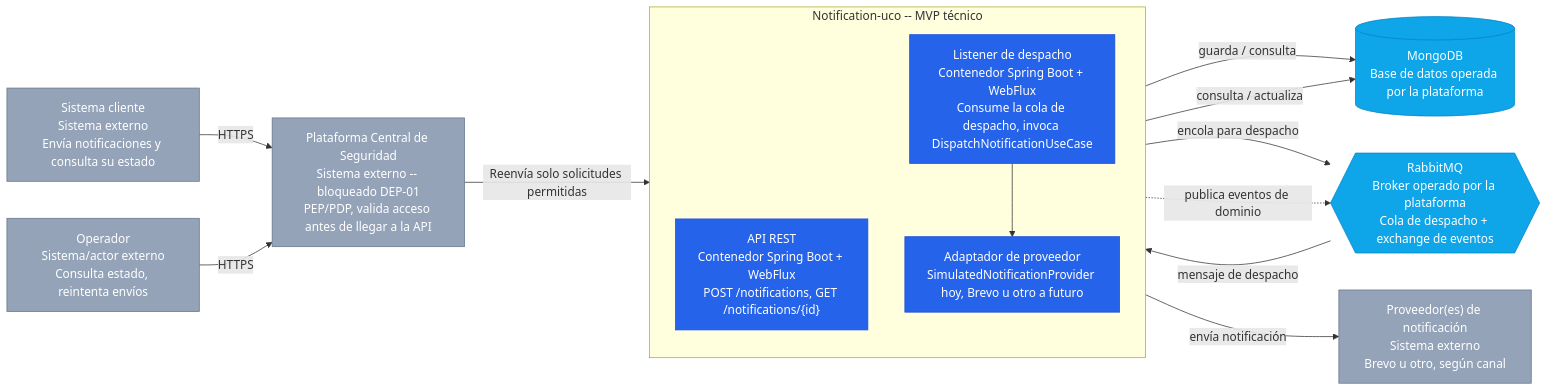
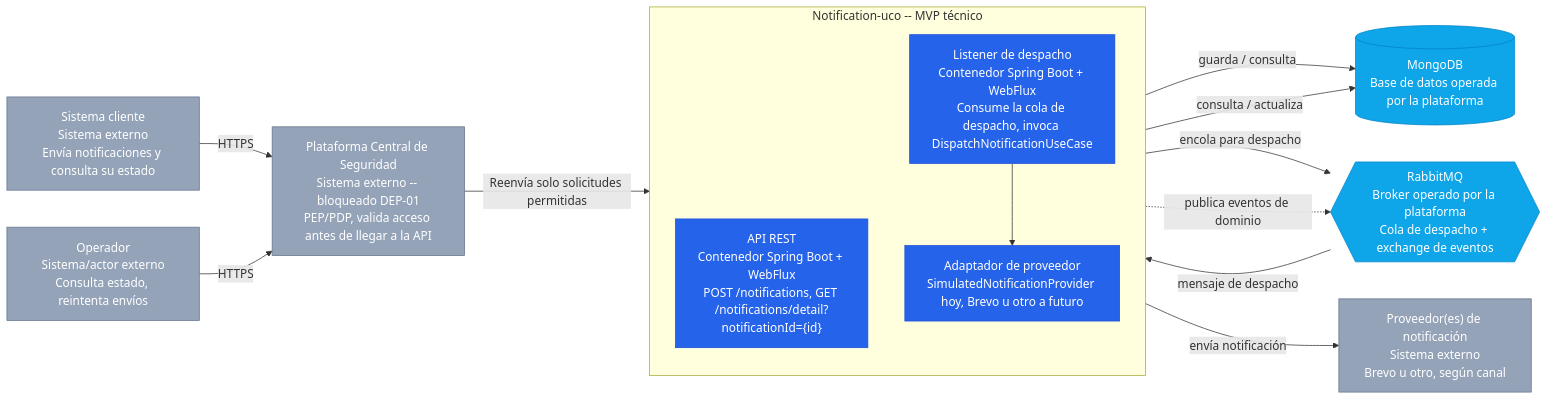
The diagram in docs/diagramas/03-contenedores-c4.md (Andruortiz/Notification-uco), drawn with Mermaid before and after one commit. The commit also changed 7 other files, not shown here.

Commit message:
fix(docs): rutas de la version 2 en los diagramas y recomendaciones nuevos

````diff
--- a/docs/diagramas/03-contenedores-c4.md
+++ b/docs/diagramas/03-contenedores-c4.md
@@ -3,37 +3,37 @@
 ```mermaid
 flowchart LR
     CLIENTE["Sistema cliente<br/>Sistema externo<br/>Envía notificaciones y consulta su estado"]
     OPERADOR["Operador<br/>Sistema/actor externo<br/>Consulta estado, reintenta envíos"]
 
     subgraph SYS["Notification-uco -- MVP técnico"]
         direction TB
-        RESTAPI["API REST<br/>Contenedor Spring Boot + WebFlux<br/>POST /notifications, GET /notifications/{id}"]
+        RESTAPI["API REST<br/>Contenedor Spring Boot + WebFlux<br/>POST /notifications, GET /notifications/detail?notificationId={id}"]
         DISPATCH["Listener de despacho<br/>Contenedor Spring Boot + WebFlux<br/>Consume la cola de despacho, invoca DispatchNotificationUseCase"]
         PROVIDERADAPT["Adaptador de proveedor<br/>SimulatedNotificationProvider hoy, Brevo u otro a futuro"]
     end
 
     MONGODB[("MongoDB<br/>Base de datos operada por la plataforma")]
     RABBITMQ{{"RabbitMQ<br/>Broker operado por la plataforma<br/>Cola de despacho + exchange de eventos"}}
     PROVEEDOR["Proveedor(es) de notificación<br/>Sistema externo<br/>Brevo u otro, según canal"]
     SEGURIDAD["Plataforma Central de Seguridad<br/>Sistema externo -- bloqueado DEP-01<br/>PEP/PDP, valida acceso antes de llegar a la API"]
 
     CLIENTE -->|HTTPS| SEGURIDAD
     OPERADOR -->|HTTPS| SEGURIDAD
     SEGURIDAD -->|Reenvía solo solicitudes permitidas| RESTAPI
 
     RESTAPI -->|guarda / consulta| MONGODB
     RESTAPI -->|encola para despacho| RABBITMQ
     RESTAPI -.->|publica eventos de dominio| RABBITMQ
     RABBITMQ -->|mensaje de despacho| DISPATCH
     DISPATCH -->|consulta / actualiza| MONGODB
     DISPATCH --> PROVIDERADAPT
     PROVIDERADAPT -->|envía notificación| PROVEEDOR
 
     classDef external fill:#94a3b8,color:#fff,stroke:#64748b;
     classDef own fill:#2563eb,color:#fff,stroke:#1d4ed8;
     classDef tech fill:#0ea5e9,color:#fff,stroke:#0284c7;
 
     class CLIENTE,OPERADOR,PROVEEDOR,SEGURIDAD external;
     class RESTAPI,DISPATCH,PROVIDERADAPT own;
     class MONGODB,RABBITMQ tech;
 ```
````
